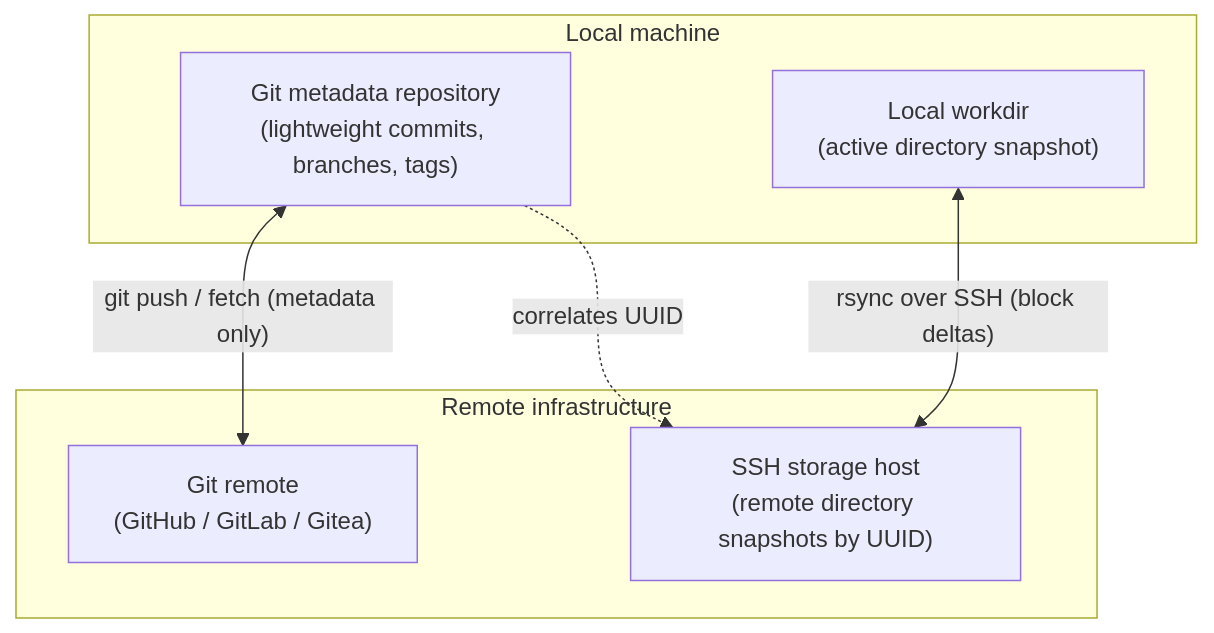
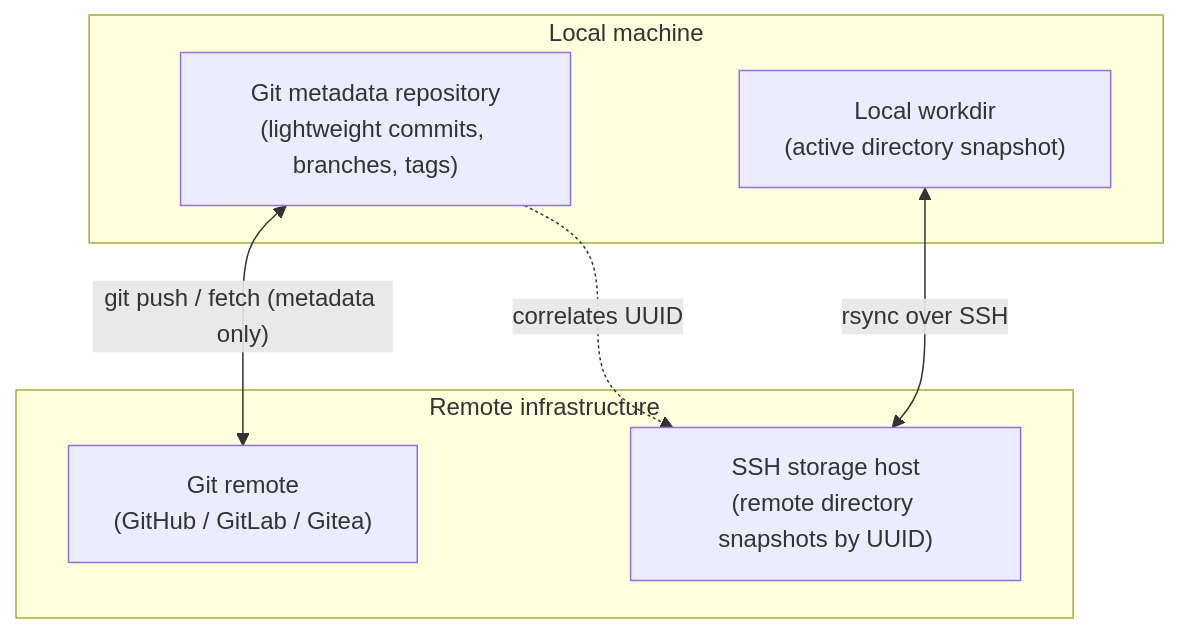
Before and after one commit to bvarnai/git-drev: the first of 2 diagrams in docs/user-guide/01-philosophy.md, drawn with Mermaid. The commit also changed other lines of this file and 2 other files, not shown here.

````diff
--- a/docs/user-guide/01-philosophy.md
+++ b/docs/user-guide/01-philosophy.md
@@ -28,16 +28,16 @@
 ```mermaid
 flowchart TD
     subgraph Local["Local machine"]
         GitRepo["Git metadata repository<br/>(lightweight commits, branches, tags)"]
         WorkDir["Local workdir<br/>(active directory snapshot)"]
     end
 
     subgraph Remote["Remote infrastructure"]
         GitRemote["Git remote<br/>(GitHub / GitLab / Gitea)"]
         StorageServer["SSH storage host<br/>(remote directory snapshots by UUID)"]
     end
 
     GitRepo <-->|"git push / fetch (metadata only)"| GitRemote
-    WorkDir <-->|"rsync over SSH (block deltas)"| StorageServer
+    WorkDir <-->|"rsync over SSH"| StorageServer
     GitRepo -.->|"correlates UUID"| StorageServer
 ```
````
